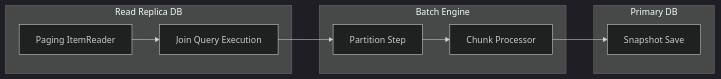
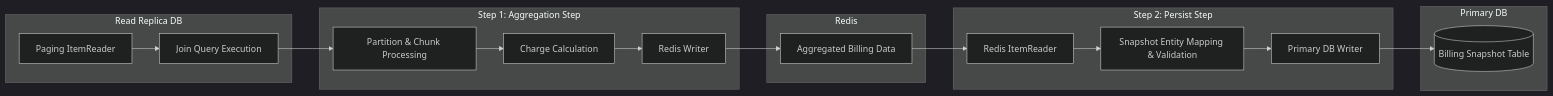
One commit to 4e-um/.github changed the third of 8 diagrams in profile/README.md. Above: the diagram before and after it, drawn with Mermaid (dark theme). The commit also changed other lines of this file, not shown here.

````diff
--- a/profile/README.md
+++ b/profile/README.md
@@ -458,21 +532,37 @@
 ```mermaid
 flowchart LR
+    %% Step 1
     subgraph ReplicaDB["Read Replica DB"]
         R1[Paging ItemReader]
         R2[Join Query Execution]
         R1 --> R2
     end
 
-    subgraph Batch["Batch Engine"]
-        P[Partition Step]
-        C[Chunk Processor]
+    subgraph Step1["Step 1: Aggregation Step"]
+        P1[Partition & Chunk Processing]
+        A1[Charge Calculation]
+        RW[Redis Writer]
+        P1 --> A1 --> RW
+    end
+
+    %% Step 2
+    subgraph Redis["Redis"]
+        RS[Aggregated Billing Data]
+    end
+
+    subgraph Step2["Step 2: Persist Step"]
+        RR[Redis ItemReader]
+        P2[Snapshot Entity Mapping & Validation]
+        DBW[Primary DB Writer]
+        RR --> P2 --> DBW
     end
 
     subgraph PrimaryDB["Primary DB"]
-        W[Snapshot Save]
+        DB[(Billing Snapshot Table)]
     end
 
-    R2 --> P
-    P --> C
-    C --> W
+    R2 --> P1
+    RW --> RS
+    RS --> RR
+    DBW --> DB
 ```
````
